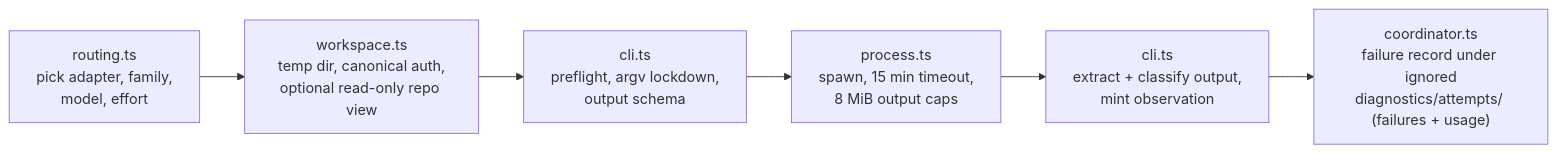
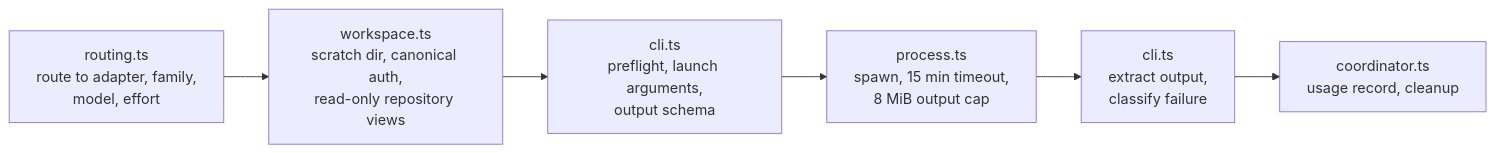
The diagram in docs/mcp/DISPATCH.md (Aroton/ArchflowV2), drawn with Mermaid before and after one commit. The commit also changed other lines of this file and 808 other files, not shown here.

````diff
--- a/docs/mcp/DISPATCH.md
+++ b/docs/mcp/DISPATCH.md
@@ -11,8 +11,8 @@
 ```mermaid
 flowchart LR
-    R["routing.ts<br/>pick adapter, family,<br/>model, effort"] --> W["workspace.ts<br/>temp dir, canonical auth,<br/>optional read-only repo view"]
-    W --> C["cli.ts<br/>preflight, argv lockdown,<br/>output schema"]
-    C --> P["process.ts<br/>spawn, 15 min timeout,<br/>8 MiB output caps"]
-    P --> O["cli.ts<br/>extract + classify output,<br/>mint observation"]
-    O --> T["coordinator.ts<br/>failure record under ignored<br/>diagnostics/attempts/ (failures + usage)"]
+    R["routing.ts<br/>route to adapter, family,<br/>model, effort"] --> W["workspace.ts<br/>scratch dir, canonical auth,<br/>read-only repository views"]
+    W --> C["cli.ts<br/>preflight, launch arguments,<br/>output schema"]
+    C --> P["process.ts<br/>spawn, 15 min timeout,<br/>8 MiB output cap"]
+    P --> O["cli.ts<br/>extract output,<br/>classify failure"]
+    O --> K["coordinator.ts<br/>usage record, cleanup"]
 ```
````
